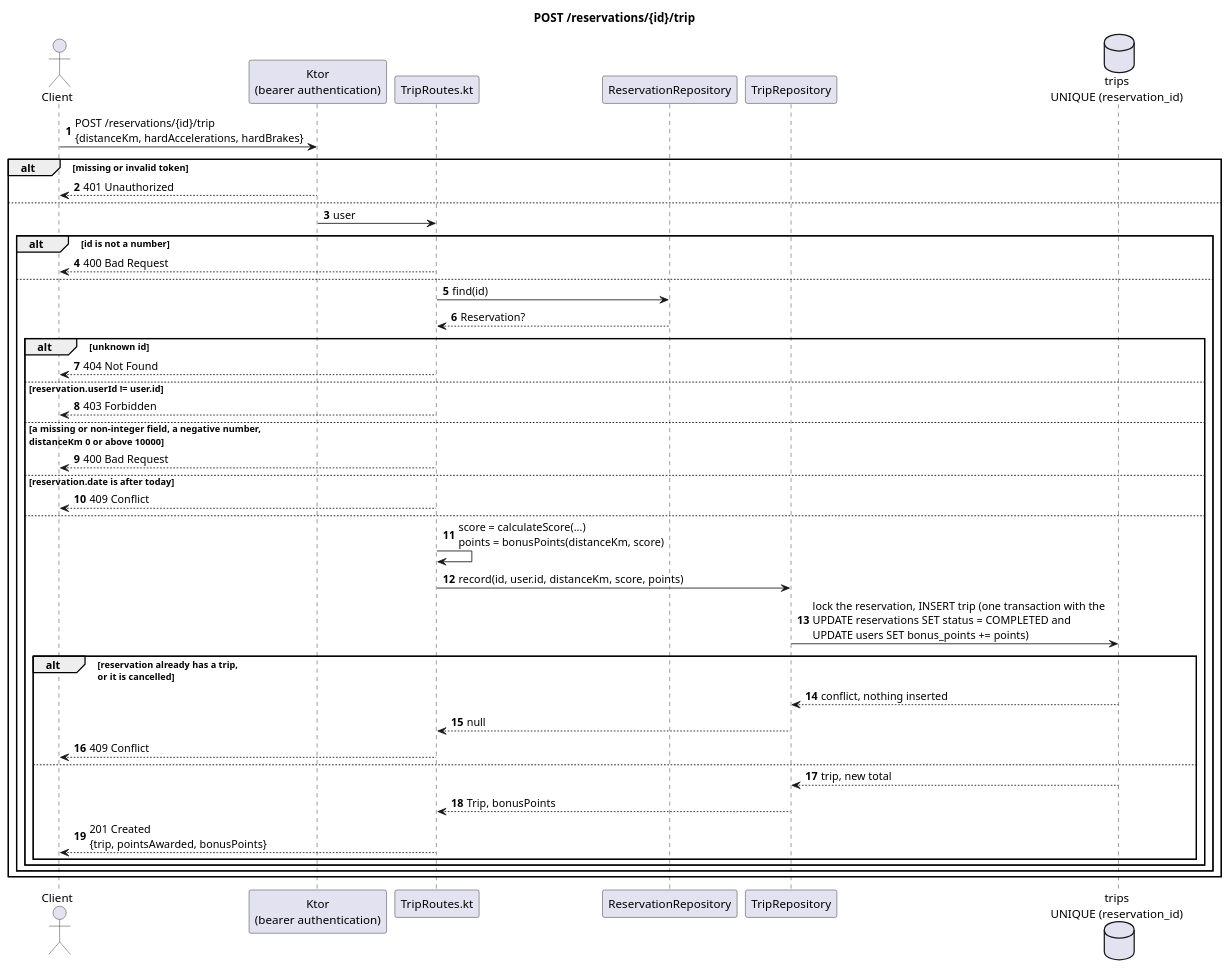
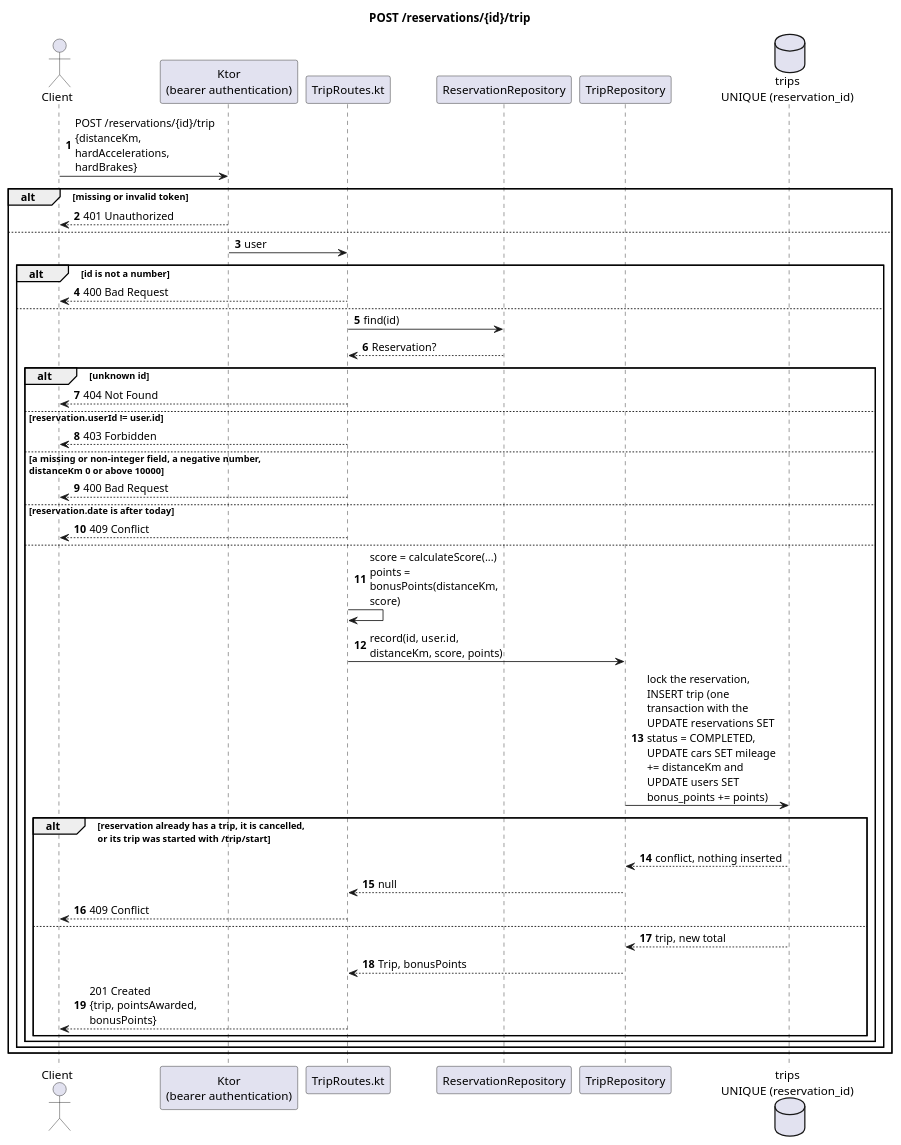
The diagram in docs/diagrams/sequence-record-trip.puml (Rent-a-car-38291/rent-a-car), drawn with PlantUML before and after one commit. The commit also changed 12 other files, not shown here.

First line of the commit message:
docs: add the development document and its diagrams (#137)

```diff
--- a/docs/diagrams/sequence-record-trip.puml
+++ b/docs/diagrams/sequence-record-trip.puml
@@ -1,47 +1,49 @@
 @startuml
 title POST /reservations/{id}/trip
 autonumber
+skinparam maxMessageSize 170
+skinparam wrapWidth 200
 
 actor Client
 participant "Ktor\n(bearer authentication)" as Auth
 participant "TripRoutes.kt" as Route
 participant "ReservationRepository" as Reservations
 participant "TripRepository" as Repo
 database "trips\nUNIQUE (reservation_id)" as Db
 
 Client -> Auth : POST /reservations/{id}/trip\n{distanceKm, hardAccelerations, hardBrakes}
 alt missing or invalid token
   Auth --> Client : 401 Unauthorized
 else
   Auth -> Route : user
   alt id is not a number
     Route --> Client : 400 Bad Request
   else
     Route -> Reservations : find(id)
     Reservations --> Route : Reservation?
     alt unknown id
       Route --> Client : 404 Not Found
     else reservation.userId != user.id
       Route --> Client : 403 Forbidden
     else a missing or non-integer field, a negative number,\ndistanceKm 0 or above 10000
       Route --> Client : 400 Bad Request
     else reservation.date is after today
       Route --> Client : 409 Conflict
     else
       Route -> Route : score = calculateScore(...)\npoints = bonusPoints(distanceKm, score)
       Route -> Repo : record(id, user.id, distanceKm, score, points)
-      Repo -> Db : lock the reservation, INSERT trip (one transaction with the\nUPDATE reservations SET status = COMPLETED and\nUPDATE users SET bonus_points += points)
-      alt reservation already has a trip,\nor it is cancelled
+      Repo -> Db : lock the reservation, INSERT trip (one transaction with the\nUPDATE reservations SET status = COMPLETED,\nUPDATE cars SET mileage += distanceKm and\nUPDATE users SET bonus_points += points)
+      alt reservation already has a trip, it is cancelled,\nor its trip was started with /trip/start
         Db --> Repo : conflict, nothing inserted
         Repo --> Route : null
         Route --> Client : 409 Conflict
       else
         Db --> Repo : trip, new total
         Repo --> Route : Trip, bonusPoints
         Route --> Client : 201 Created\n{trip, pointsAwarded, bonusPoints}
       end
     end
   end
 end
 
 @enduml
```
